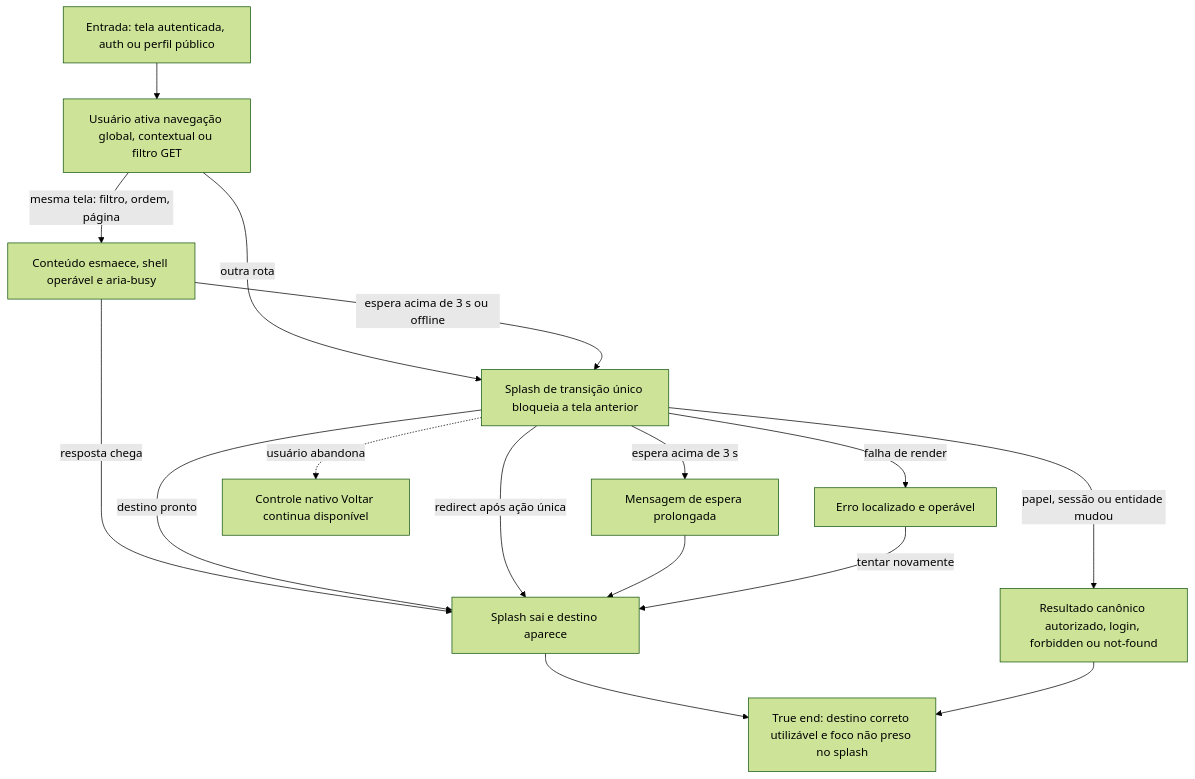
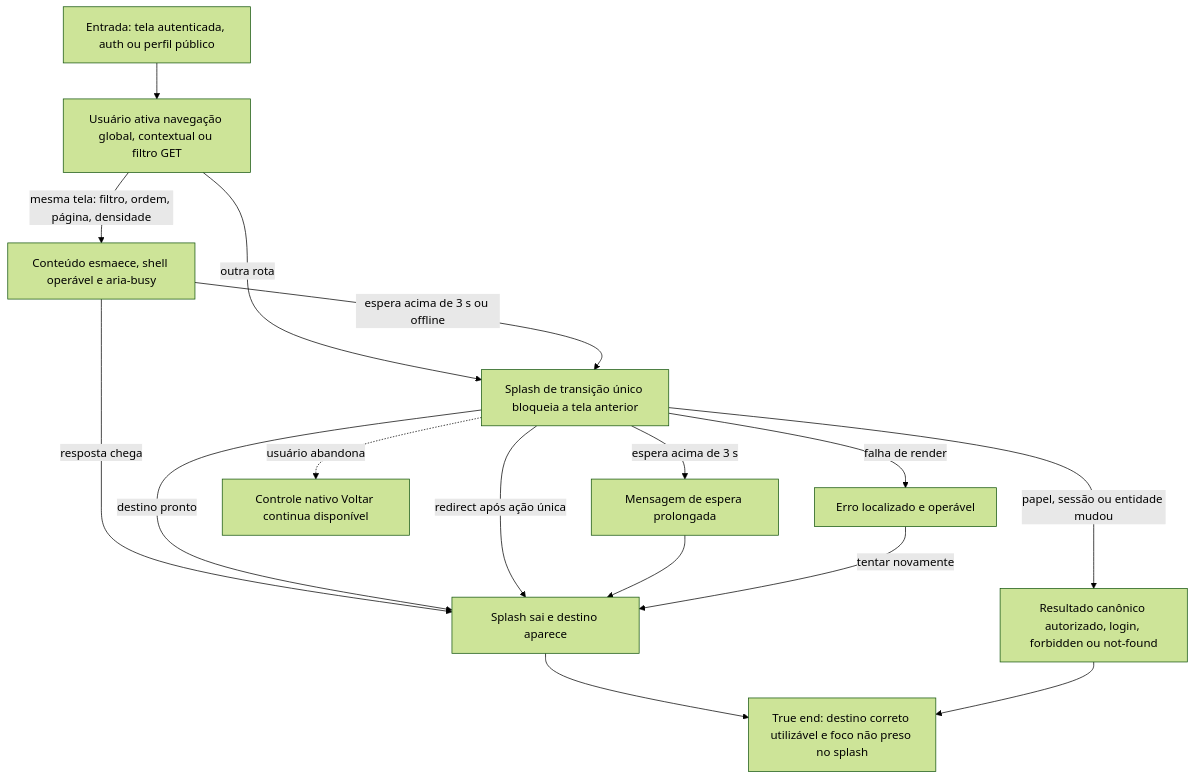
The diagram in docs/qa/journeys/J-switch-workspace-screen.md (andreustimm/master-jobs), drawn with Mermaid (forest theme) before and after one commit. The commit also changed 7 other files, not shown here.

````diff
--- a/docs/qa/journeys/J-switch-workspace-screen.md
+++ b/docs/qa/journeys/J-switch-workspace-screen.md
@@ -3,18 +3,18 @@
 ```mermaid
 flowchart TD
     A[Entrada: tela autenticada, auth ou perfil público] --> B[Usuário ativa navegação global, contextual ou filtro GET]
     B -->|outra rota| C[Splash de transição único bloqueia a tela anterior]
-    B -->|mesma tela: filtro, ordem, página| S[Conteúdo esmaece, shell operável e aria-busy]
+    B -->|mesma tela: filtro, ordem, página, densidade| S[Conteúdo esmaece, shell operável e aria-busy]
     S -->|resposta chega| D
     S -->|espera acima de 3 s ou offline| C
     C -->|destino pronto| D[Splash sai e destino aparece]
     C -->|redirect após ação única| D
     C -->|papel, sessão ou entidade mudou| H[Resultado canônico autorizado, login, forbidden ou not-found]
     C -->|espera acima de 3 s| E[Mensagem de espera prolongada]
     E --> D
     C -->|falha de render| F[Erro localizado e operável]
     F -->|tentar novamente| D
     C -.->|usuário abandona| X[Controle nativo Voltar continua disponível]
     D --> G[True end: destino correto utilizável e foco não preso no splash]
     H --> G
 ```
````
